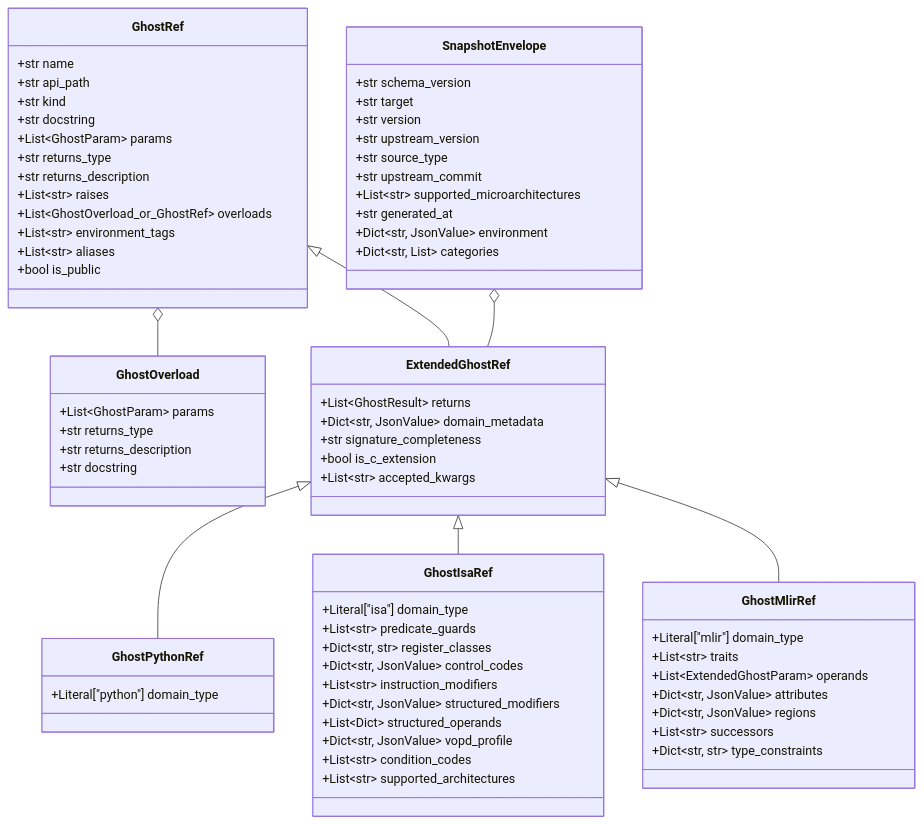
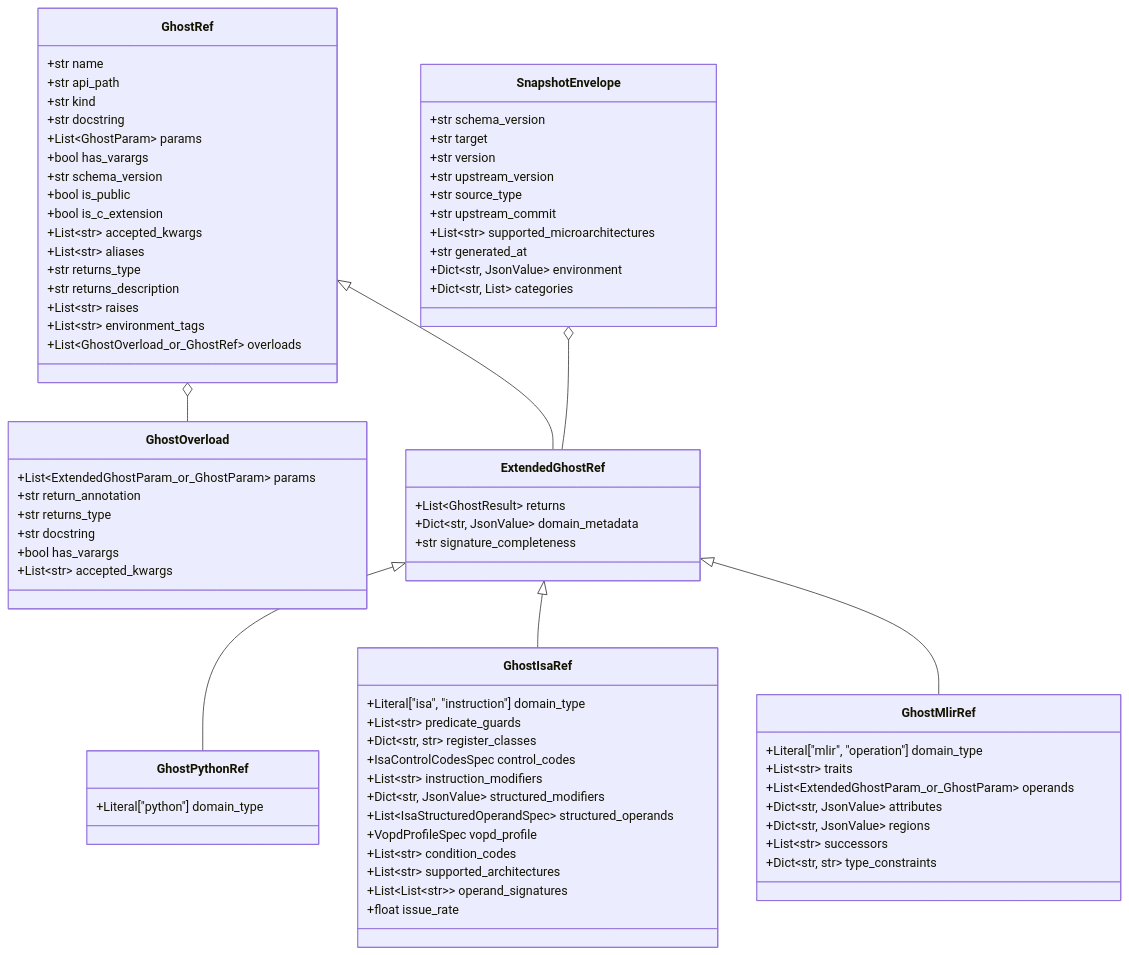
One commit to SamuelMarks/ml-ecosystem-snapshots changed the first of 2 diagrams in ARCHITECTURE.md. Above: the diagram before and after it, drawn with Mermaid. The commit also changed other lines of this file and 102 other files, not shown here.

````diff
--- a/ARCHITECTURE.md
+++ b/ARCHITECTURE.md
@@ -13,10 +19,12 @@
 ```mermaid
 classDiagram
     class GhostOverload {
-        +List~GhostParam~ params
+        +List~ExtendedGhostParam_or_GhostParam~ params
+        +str return_annotation
         +str returns_type
-        +str returns_description
         +str docstring
+        +bool has_varargs
+        +List~str~ accepted_kwargs
     }
 
     class GhostRef {
@@ -25,21 +33,23 @@
         +str kind
         +str docstring
         +List~GhostParam~ params
+        +bool has_varargs
+        +str schema_version
+        +bool is_public
+        +bool is_c_extension
+        +List~str~ accepted_kwargs
+        +List~str~ aliases
         +str returns_type
         +str returns_description
         +List~str~ raises
+        +List~str~ environment_tags
         +List~GhostOverload_or_GhostRef~ overloads
-        +List~str~ environment_tags
-        +List~str~ aliases
-        +bool is_public
     }
 
     class ExtendedGhostRef {
         +List~GhostResult~ returns
         +Dict~str, JsonValue~ domain_metadata
         +str signature_completeness
-        +bool is_c_extension
-        +List~str~ accepted_kwargs
     }
 
     class GhostPythonRef {
@@ -47,22 +57,24 @@
     }
 
     class GhostIsaRef {
-        +Literal["isa"] domain_type
+        +Literal["isa", "instruction"] domain_type
         +List~str~ predicate_guards
         +Dict~str, str~ register_classes
-        +Dict~str, JsonValue~ control_codes
+        +IsaControlCodesSpec control_codes
         +List~str~ instruction_modifiers
         +Dict~str, JsonValue~ structured_modifiers
-        +List~Dict~ structured_operands
-        +Dict~str, JsonValue~ vopd_profile
+        +List~IsaStructuredOperandSpec~ structured_operands
+        +VopdProfileSpec vopd_profile
         +List~str~ condition_codes
         +List~str~ supported_architectures
+        +List~List~str~~ operand_signatures
+        +float issue_rate
     }
 
     class GhostMlirRef {
-        +Literal["mlir"] domain_type
+        +Literal["mlir", "operation"] domain_type
         +List~str~ traits
-        +List~ExtendedGhostParam~ operands
+        +List~ExtendedGhostParam_or_GhostParam~ operands
         +Dict~str, JsonValue~ attributes
         +Dict~str, JsonValue~ regions
         +List~str~ successors
````
